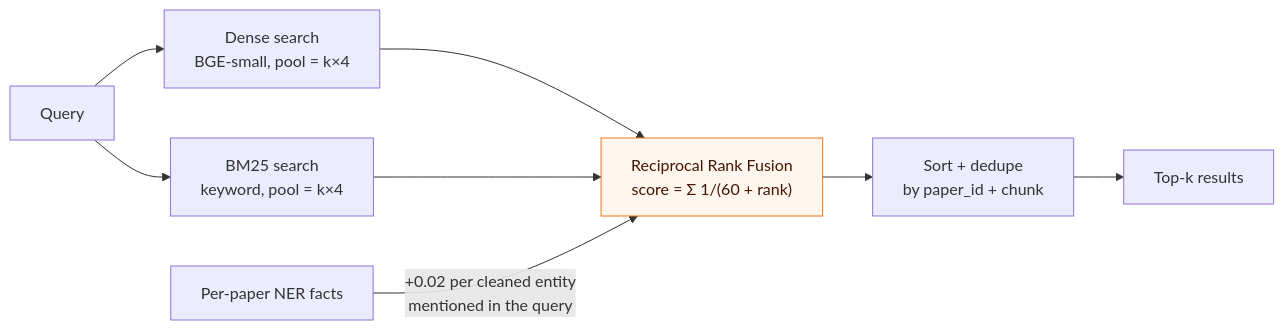
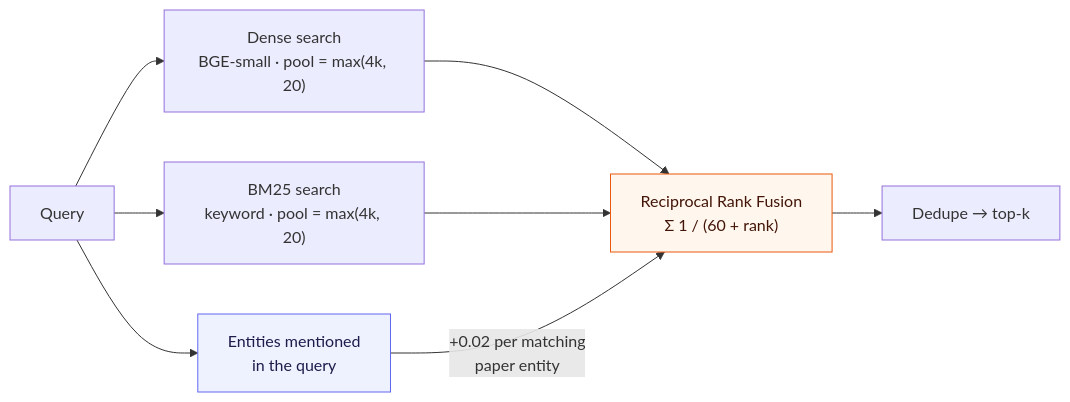
The fourth of 6 diagrams in README.md (Mahakisore7/MatSci-RAG), drawn with Mermaid before and after one commit. The commit also changed other lines of this file and 25 other files, not shown here.

````diff
--- a/README.md
+++ b/README.md
@@ -133,12 +222,13 @@
 ```mermaid
 flowchart LR
-    Q["Query"] --> D["Dense search<br/>BGE-small, pool = k×4"]
-    Q --> B["BM25 search<br/>keyword, pool = k×4"]
-    D --> RRF["Reciprocal Rank Fusion<br/>score = Σ 1/(60 + rank)"]
+    Q["Query"] --> D["Dense search<br/>BGE-small · pool = max(4k, 20)"]
+    Q --> B["BM25 search<br/>keyword · pool = max(4k, 20)"]
+    Q --> E["Entities mentioned<br/>in the query"]
+    D --> RRF["Reciprocal Rank Fusion<br/>Σ 1 / (60 + rank)"]
     B --> RRF
-    FACTS2["Per-paper NER facts"] -->|"+0.02 per cleaned entity<br/>mentioned in the query"| RRF
-    RRF --> SORT["Sort + dedupe<br/>by paper_id + chunk"]
-    SORT --> TOPK["Top-k results"]
+    E -->|"+0.02 per matching<br/>paper entity"| RRF
+    RRF --> T["Dedupe → top-k"]
 
-    style RRF fill:#fff7ed,stroke:#f97316,color:#431407
+    style RRF fill:#fff7ed,stroke:#ea580c,color:#431407
+    style E fill:#eef2ff,stroke:#6366f1,color:#1e1b4b
 ```
````
